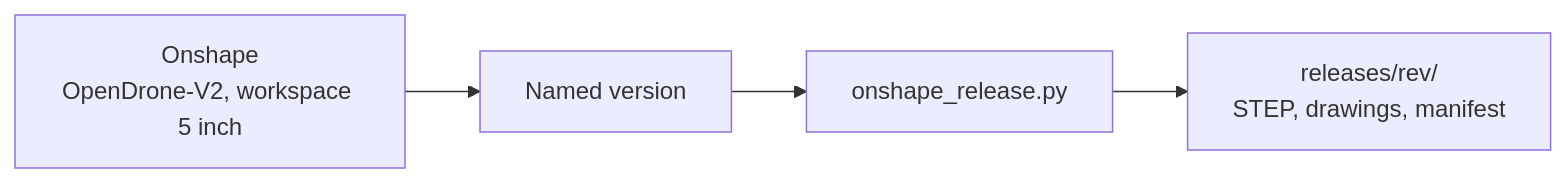
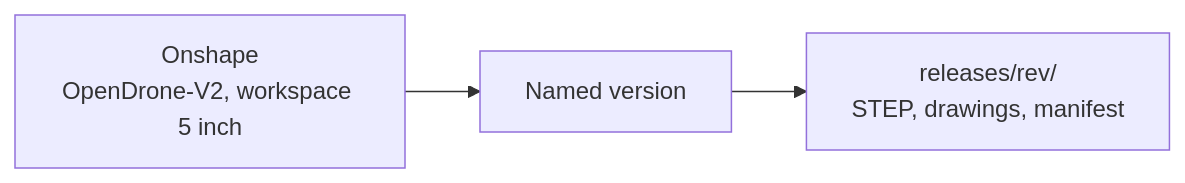
The diagram in README.md (OpenDrone-hw/OpenFrame-5F), drawn with Mermaid before and after one commit. The commit also changed other lines of this file, not shown here.

````diff
--- a/README.md
+++ b/README.md
@@ -17,6 +17,5 @@
 ```mermaid
 flowchart LR
   O["Onshape<br/>OpenDrone-V2, workspace 5 inch"] --> V["Named version"]
-  V --> E["onshape_release.py"]
-  E --> R["releases/rev/<br/>STEP, drawings, manifest"]
+  V --> R["releases/rev/<br/>STEP, drawings, manifest"]
 ```
````
